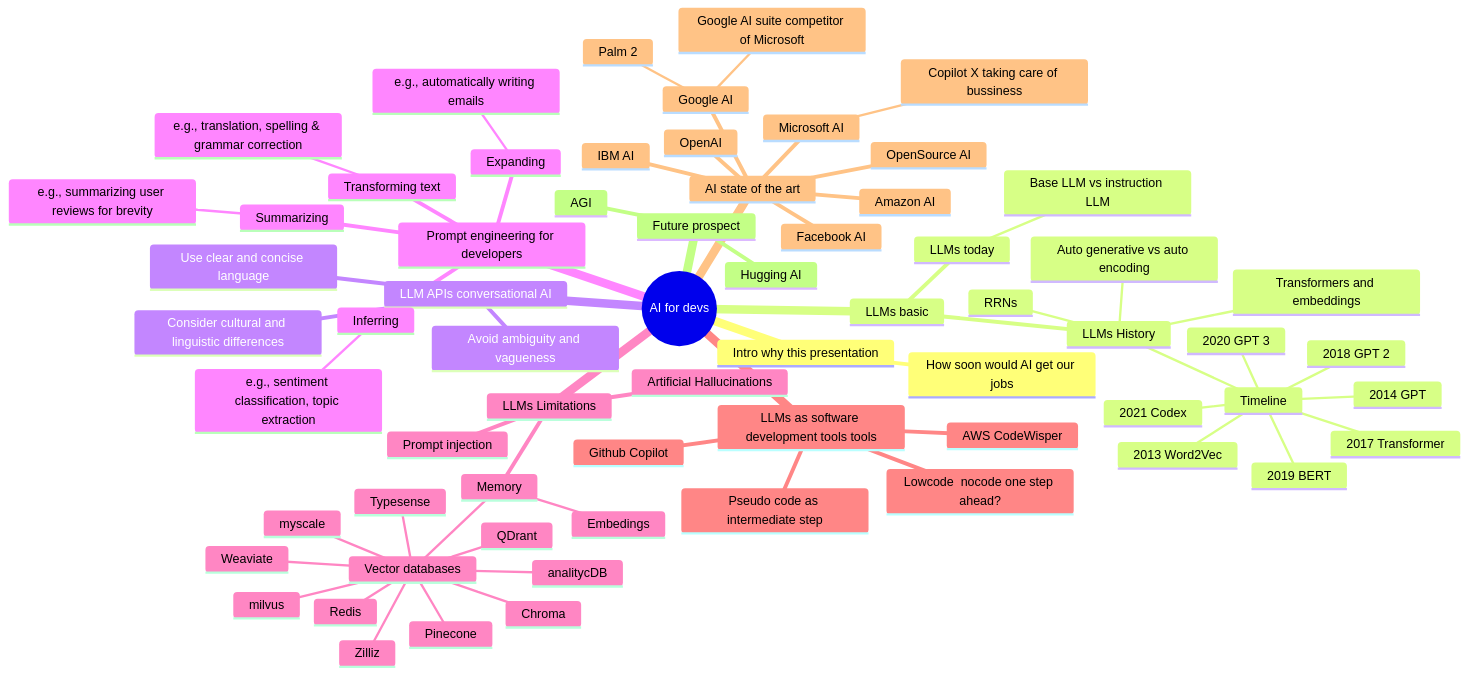
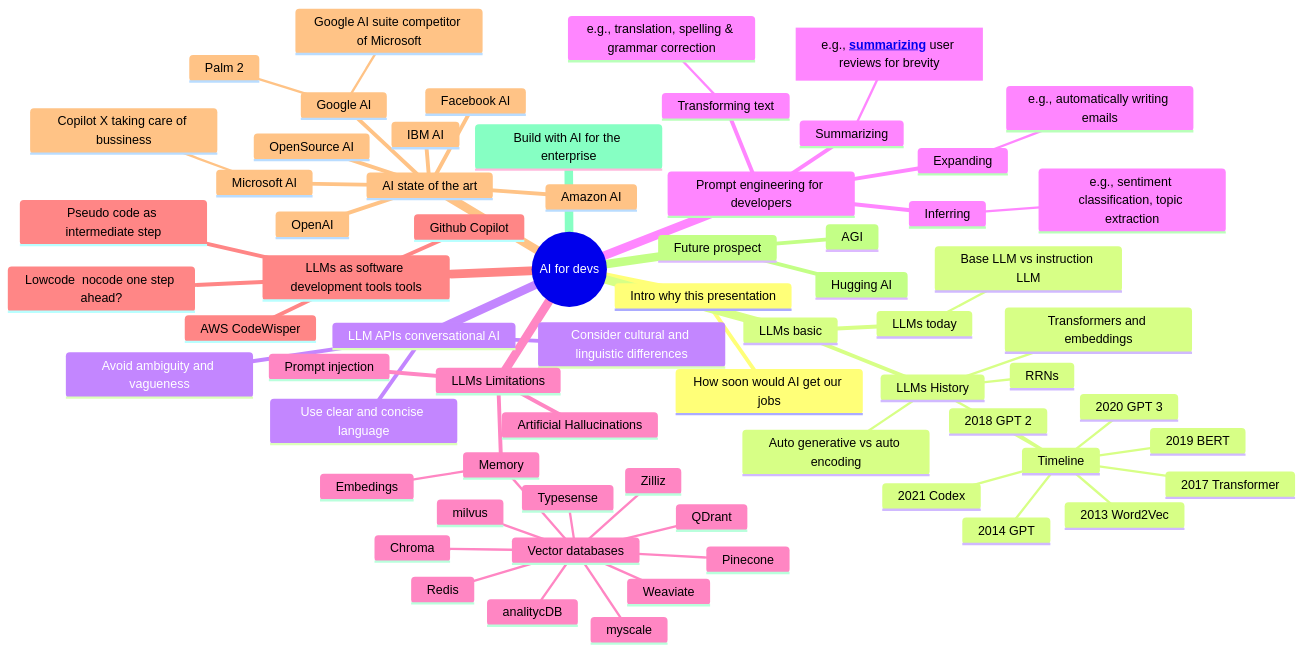
One commit to adben/prompt-engineering changed the diagram in README.md. Above: the diagram before and after it, drawn with Mermaid. The commit also changed 38 other files, not shown here.

````diff
--- a/README.md
+++ b/README.md
@@ -25,69 +25,71 @@
 ```mermaid
 mindmap
   root((AI for devs))
     Intro why this presentation
         How soon would AI get our jobs
     LLMs basic
         LLMs History
             Timeline
                 2013 Word2Vec
                 2014 GPT
                 2017 Transformer
                 2018 GPT 2
                 2019 BERT
                 2020 GPT 3
                 2021 Codex
             RRNs
             Transformers and embeddings
             Auto generative vs auto encoding
         LLMs today
             Base LLM vs instruction LLM
     LLM APIs conversational AI
         Use clear and concise language
         Avoid ambiguity and vagueness
         Consider cultural and linguistic differences
     Prompt engineering for developers
         Summarizing
-            e.g., summarizing user reviews for brevity
+            A[e.g., <a href='./scrum.ipynb'><b>summarizing</b></a> user reviews for brevity]
         Inferring
             e.g., sentiment classification, topic extraction
         Transforming text
             e.g., translation, spelling & grammar correction
         Expanding
             e.g., automatically writing emails
     LLMs Limitations
         Prompt injection
         Artificial Hallucinations
         Memory
             Vector databases
                 analitycDB
                 Chroma
                 milvus
                 myscale
                 QDrant
                 Pinecone
                 Redis
                 Typesense
                 Weaviate
                 Zilliz
             Embedings
     LLMs as software development tools tools
         Github Copilot
         AWS CodeWisper
         Pseudo code as intermediate step
         Lowcode  nocode one step ahead?
     AI state of the art
         Google AI
             Palm 2
             Google AI suite competitor of Microsoft
         OpenSource AI
         Facebook AI
         OpenAI
         Microsoft AI
             Copilot X taking care of bussiness
         IBM AI
         Amazon AI
     Future prospect
         Hugging AI
         AGI
+    Build with AI for the enterprise
+    
 ```
````
